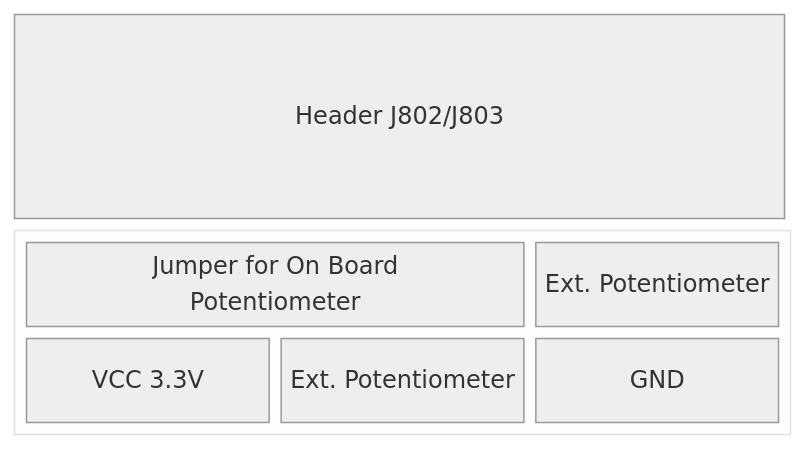
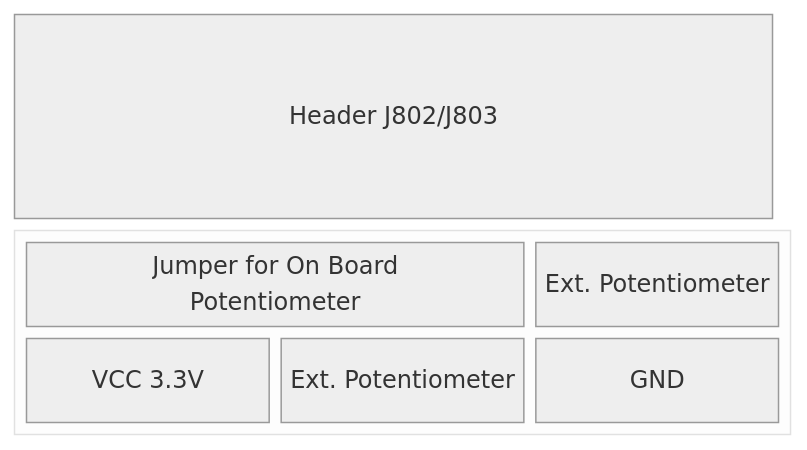
The second of 2 diagrams in Hardware/README.md (KROIA/Voicemail-Box), drawn with Mermaid (neutral theme) before and after one commit. The commit also changed 1 other file, not shown here.

````diff
--- a/Hardware/README.md
+++ b/Hardware/README.md
@@ -63,13 +63,13 @@
 ```mermaid
 block-beta
-    columns 2
-    doc["Header J802/J803"]:2
-    block:group1:2
+    columns 1
+    doc["Header J802/J803"]
+    block:group1
         columns 3
         a[" Jumper for On Board \n Potentiometer "]:2
         c["Ext. Potentiometer"]
         d["VCC 3.3V"]
         e["Ext. Potentiometer"]
         f["GND"]
     end
 ```
````
